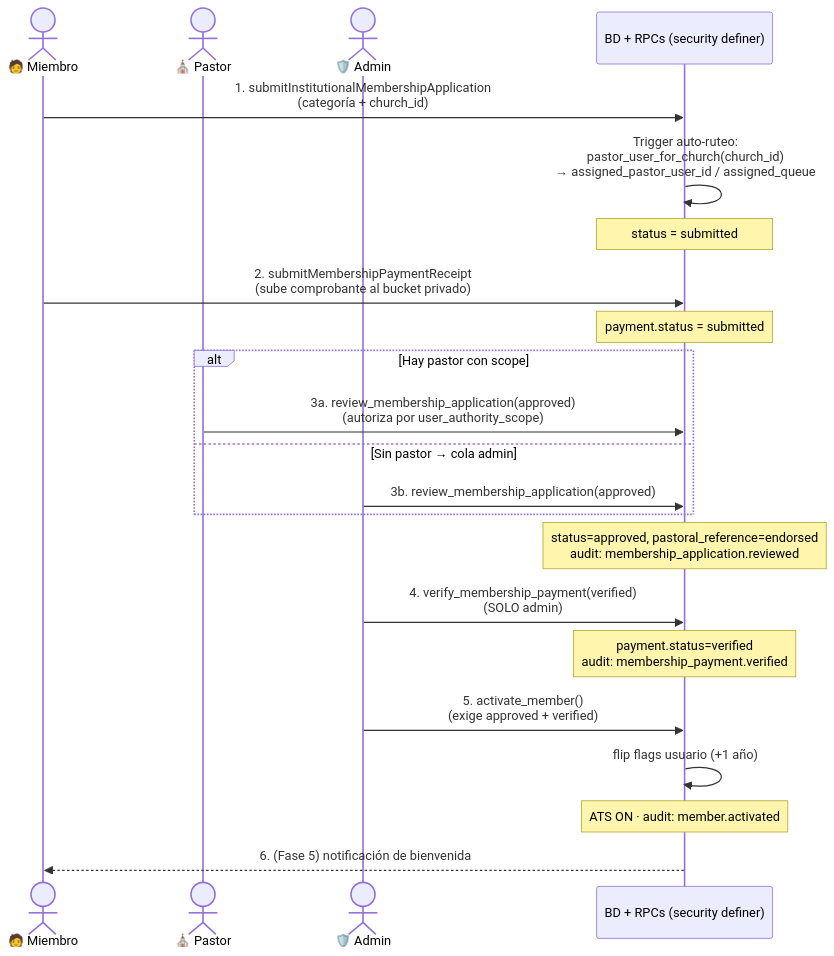
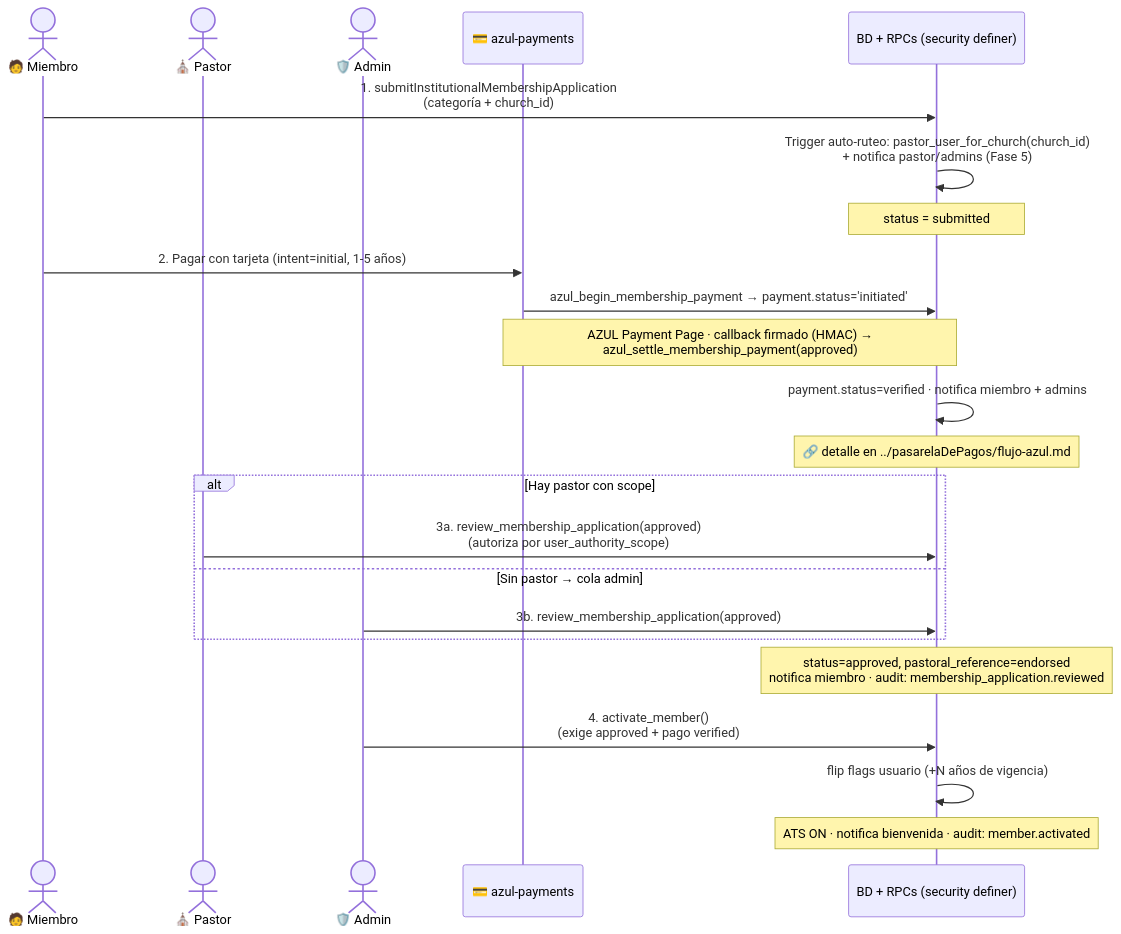
The eighth of 23 diagrams in docs/architecture/plataforma-flujograma.md (EdgarJr30/asi_do), drawn with Mermaid before and after one commit. The commit also changed other lines of this file and 3 other files, not shown here.

First line of the commit message:
feat: update membership flow and add payment gateway AZUL details

````diff
--- a/docs/architecture/plataforma-flujograma.md
+++ b/docs/architecture/plataforma-flujograma.md
@@ -284,29 +299,29 @@
 ```mermaid
 sequenceDiagram
     actor M as 🧑 Miembro
     actor P as ⛪ Pastor
     actor A as 🛡️ Admin
+    participant SVC as 💳 azul-payments
     participant DB as BD + RPCs (security definer)
 
     M->>DB: 1. submitInstitutionalMembershipApplication<br/>(categoría + church_id)
-    DB->>DB: Trigger auto-ruteo:<br/>pastor_user_for_church(church_id)<br/>→ assigned_pastor_user_id / assigned_queue
+    DB->>DB: Trigger auto-ruteo: pastor_user_for_church(church_id)<br/>+ notifica pastor/admins (Fase 5)
     Note over DB: status = submitted
 
-    M->>DB: 2. submitMembershipPaymentReceipt<br/>(sube comprobante al bucket privado)
-    Note over DB: payment.status = submitted
+    M->>SVC: 2. Pagar con tarjeta (intent=initial, 1-5 años)
+    SVC->>DB: azul_begin_membership_payment → payment.status='initiated'
+    Note over SVC,DB: AZUL Payment Page · callback firmado (HMAC) →<br/>azul_settle_membership_payment(approved)
+    DB->>DB: payment.status=verified · notifica miembro + admins
+    Note over DB: 🔗 detalle en ../pasarelaDePagos/flujo-azul.md
 
     alt Hay pastor con scope
         P->>DB: 3a. review_membership_application(approved)<br/>(autoriza por user_authority_scope)
     else Sin pastor → cola admin
         A->>DB: 3b. review_membership_application(approved)
     end
-    Note over DB: status=approved, pastoral_reference=endorsed<br/>audit: membership_application.reviewed
+    Note over DB: status=approved, pastoral_reference=endorsed<br/>notifica miembro · audit: membership_application.reviewed
 
-    A->>DB: 4. verify_membership_payment(verified)<br/>(SOLO admin)
-    Note over DB: payment.status=verified<br/>audit: membership_payment.verified
-
-    A->>DB: 5. activate_member()<br/>(exige approved + verified)
-    DB->>DB: flip flags usuario (+1 año)
-    Note over DB: ATS ON · audit: member.activated
-    DB-->>M: 6. (Fase 5) notificación de bienvenida
+    A->>DB: 4. activate_member()<br/>(exige approved + pago verified)
+    DB->>DB: flip flags usuario (+N años de vigencia)
+    Note over DB: ATS ON · notifica bienvenida · audit: member.activated
 ```
````
